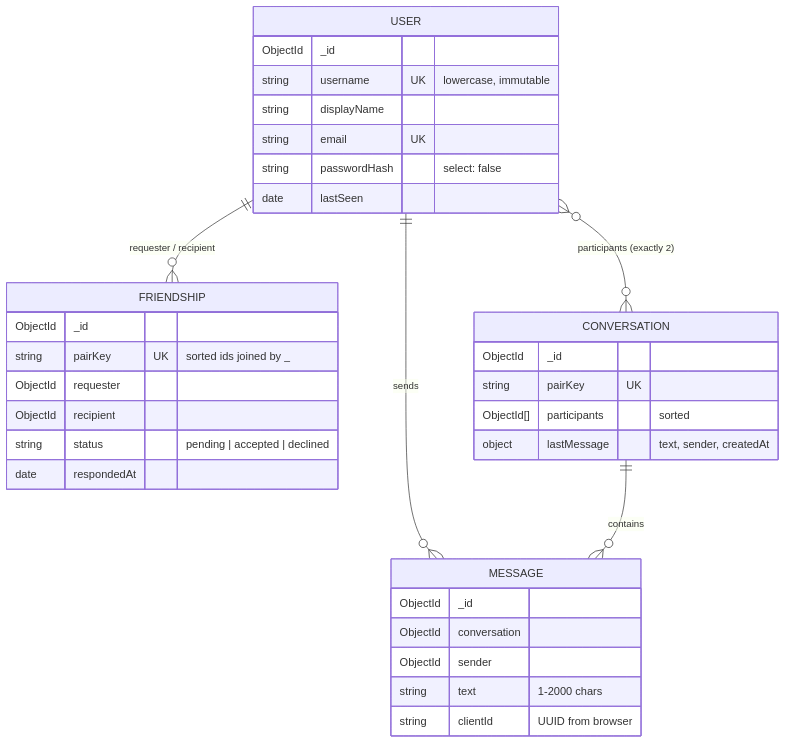
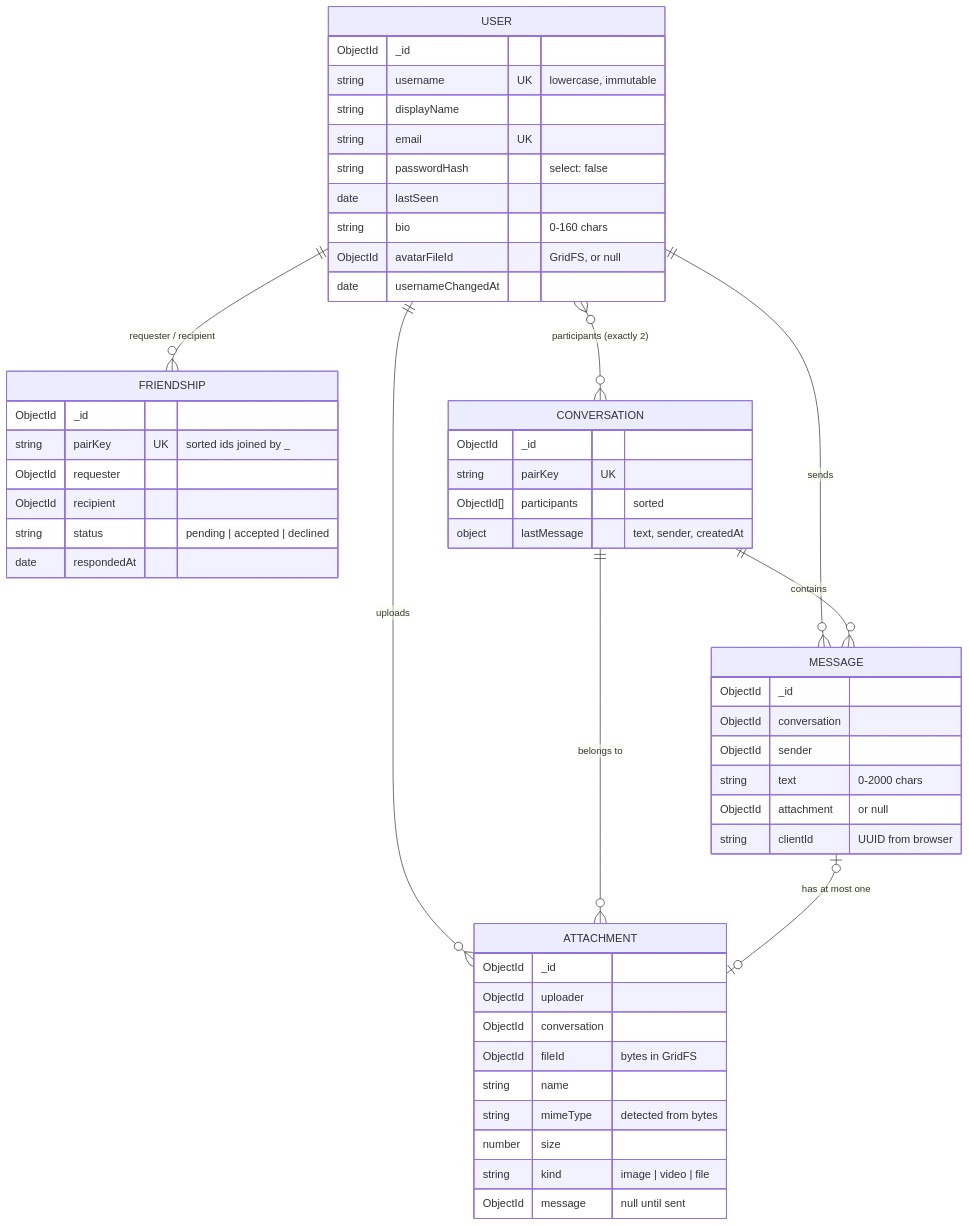
The second of 7 diagrams in docs/diagrams.md (itzayushsaini/chatapp), drawn with Mermaid before and after one commit. The commit also changed other lines of this file and 26 other files, not shown here.

````diff
--- a/docs/diagrams.md
+++ b/docs/diagrams.md
@@ -49,37 +49,55 @@
 ```mermaid
 erDiagram
     USER ||--o{ FRIENDSHIP : "requester / recipient"
     USER ||--o{ MESSAGE : sends
     CONVERSATION ||--o{ MESSAGE : contains
+    USER ||--o{ ATTACHMENT : uploads
+    CONVERSATION ||--o{ ATTACHMENT : "belongs to"
+    MESSAGE |o--o| ATTACHMENT : "has at most one"
     USER }o--o{ CONVERSATION : "participants (exactly 2)"
 
     USER {
         ObjectId _id
         string username UK "lowercase, immutable"
         string displayName
         string email UK
         string passwordHash "select: false"
         date lastSeen
+        string bio "0-160 chars"
+        ObjectId avatarFileId "GridFS, or null"
+        date usernameChangedAt
     }
     FRIENDSHIP {
         ObjectId _id
         string pairKey UK "sorted ids joined by _"
         ObjectId requester
         ObjectId recipient
         string status "pending | accepted | declined"
         date respondedAt
     }
     CONVERSATION {
         ObjectId _id
         string pairKey UK
         ObjectId[] participants "sorted"
         object lastMessage "text, sender, createdAt"
     }
     MESSAGE {
         ObjectId _id
         ObjectId conversation
         ObjectId sender
-        string text "1-2000 chars"
+        string text "0-2000 chars"
+        ObjectId attachment "or null"
         string clientId "UUID from browser"
     }
+    ATTACHMENT {
+        ObjectId _id
+        ObjectId uploader
+        ObjectId conversation
+        ObjectId fileId "bytes in GridFS"
+        string name
+        string mimeType "detected from bytes"
+        number size
+        string kind "image | video | file"
+        ObjectId message "null until sent"
+    }
 ```
````
